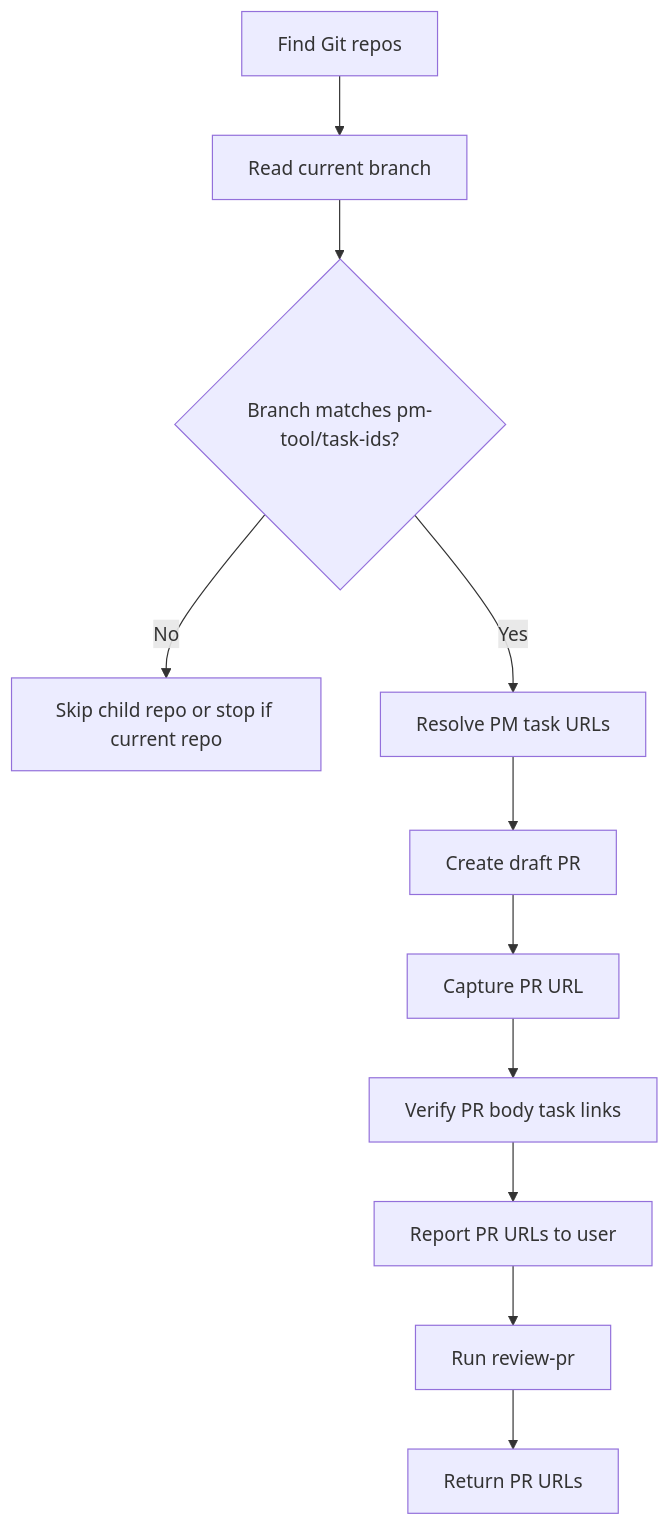
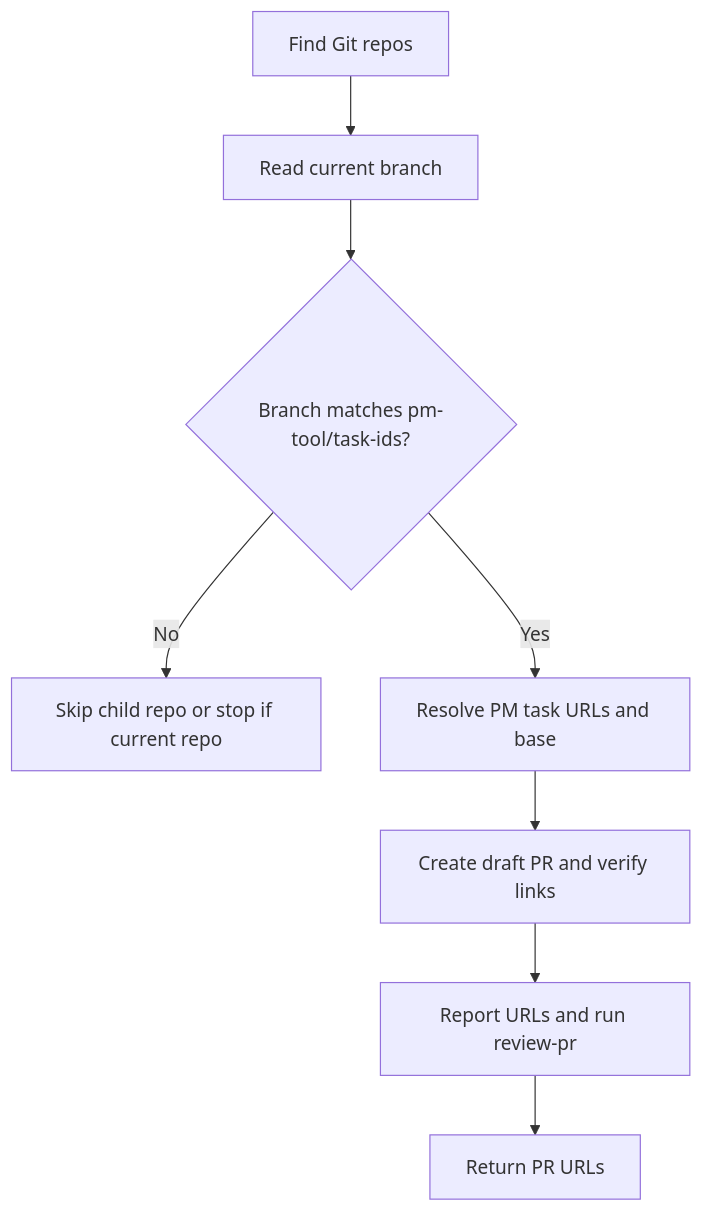
One commit to mvagnon/plan-based-agentic-workflow changed the diagram in skills/create-pr/SKILL.md. Above: the diagram before and after it, drawn with Mermaid. The commit also changed other lines of this file and 14 other files, not shown here.

````diff
--- a/skills/create-pr/SKILL.md
+++ b/skills/create-pr/SKILL.md
@@ -24,13 +24,10 @@
 ```mermaid
 flowchart TD
   A[Find Git repos] --> B[Read current branch]
   B --> C{Branch matches pm-tool/task-ids?}
   C -->|No| D[Skip child repo or stop if current repo]
-  C -->|Yes| E[Resolve PM task URLs]
-  E --> F[Create draft PR]
-  F --> G[Capture PR URL]
-  G --> H[Verify PR body task links]
-  H --> I[Report PR URLs to user]
-  I --> J[Run review-pr]
-  J --> K[Return PR URLs]
+  C -->|Yes| E[Resolve PM task URLs and base]
+  E --> F[Create draft PR and verify links]
+  F --> G[Report URLs and run review-pr]
+  G --> H[Return PR URLs]
 ```
````
